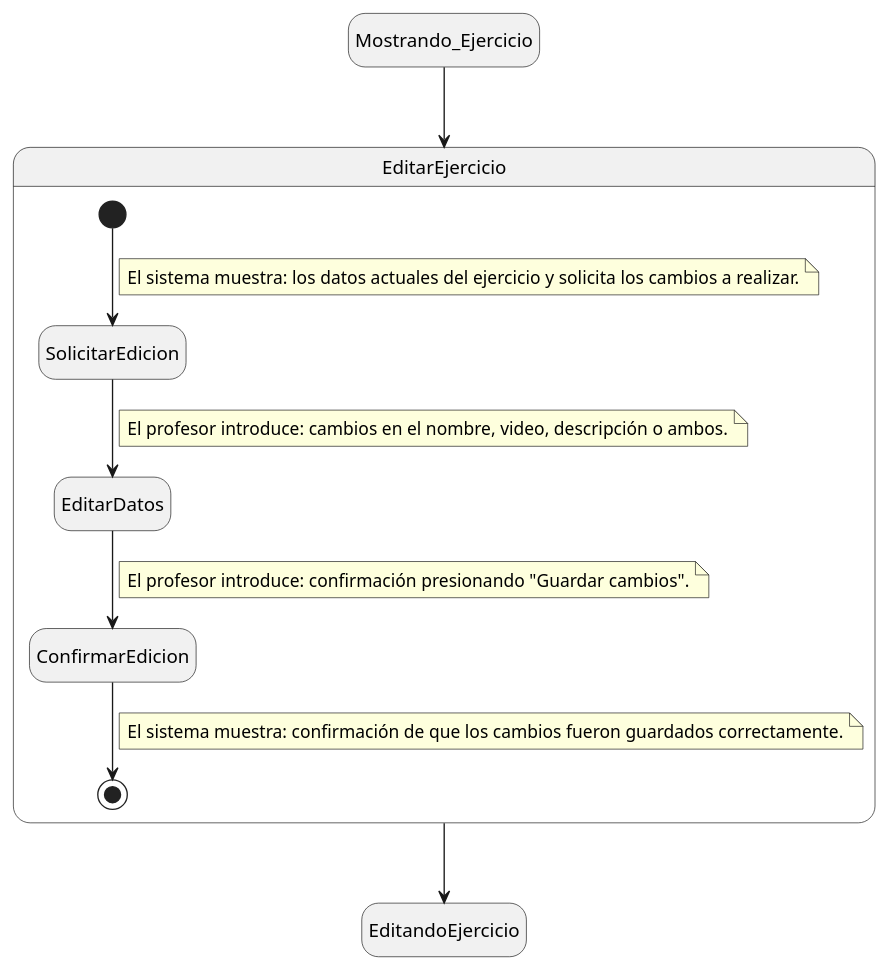
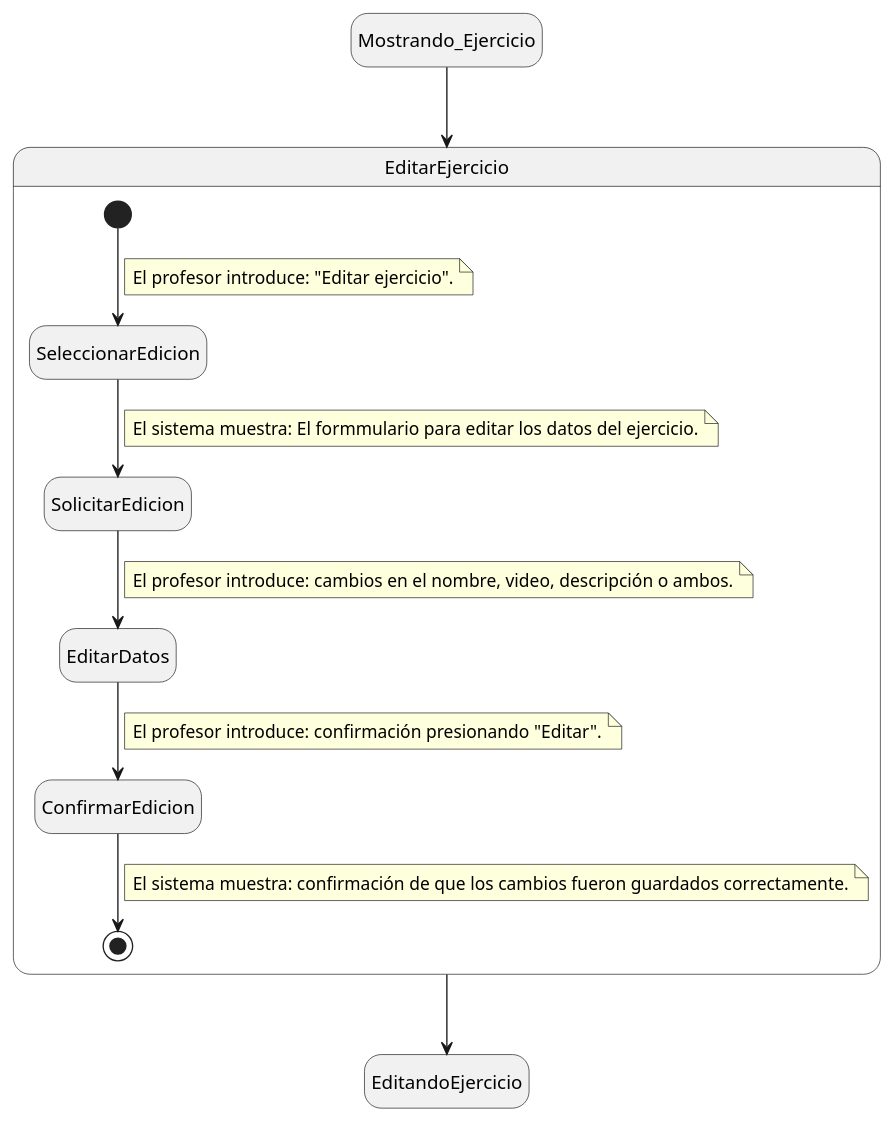
Before and after one commit to mmasias/24-25-IdSw1-SDR: the diagram in Documentos/DetallarCasosDeUso/Profesor/EditarEjercicio.puml, drawn with PlantUML. The commit also changed 1 other file, not shown here.

Commit message:
Editar Ejercicio

```diff
--- a/Documentos/DetallarCasosDeUso/Profesor/EditarEjercicio.puml
+++ b/Documentos/DetallarCasosDeUso/Profesor/EditarEjercicio.puml
@@ -1,33 +1,38 @@
 @startuml EditarEjercicio
 
 hide empty description
 
 state Mostrando_Ejercicio
 state EditandoEjercicio
 
 state EditarEjercicio {
-  [*] --> SolicitarEdicion
+  [*] --> SeleccionarEdicion
+    note on link
+        El profesor introduce: "Editar ejercicio".
+    end note
+  
+  SeleccionarEdicion-->SolicitarEdicion
   note on link
-      El sistema muestra: los datos actuales del ejercicio y solicita los cambios a realizar.
+      El sistema muestra: El formmulario para editar los datos del ejercicio.
   end note
 
   SolicitarEdicion --> EditarDatos
   note on link
       El profesor introduce: cambios en el nombre, video, descripción o ambos.
   end note
 
   EditarDatos --> ConfirmarEdicion
   note on link
-      El profesor introduce: confirmación presionando "Guardar cambios".
+      El profesor introduce: confirmación presionando "Editar".
   end note
 
   ConfirmarEdicion --> [*]
   note on link
       El sistema muestra: confirmación de que los cambios fueron guardados correctamente.
   end note
 }
 
 Mostrando_Ejercicio --> EditarEjercicio
 EditarEjercicio --> EditandoEjercicio
 
 @enduml
```
